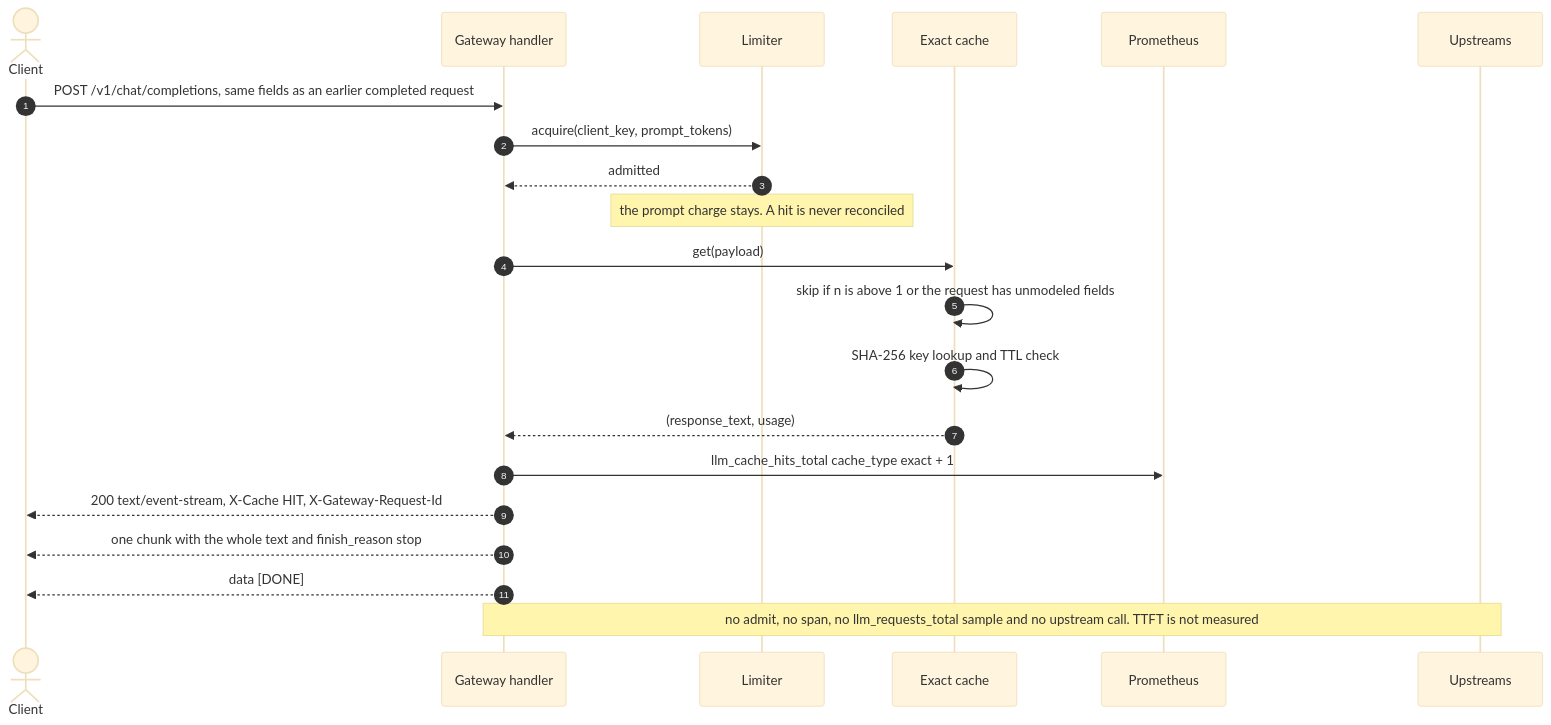
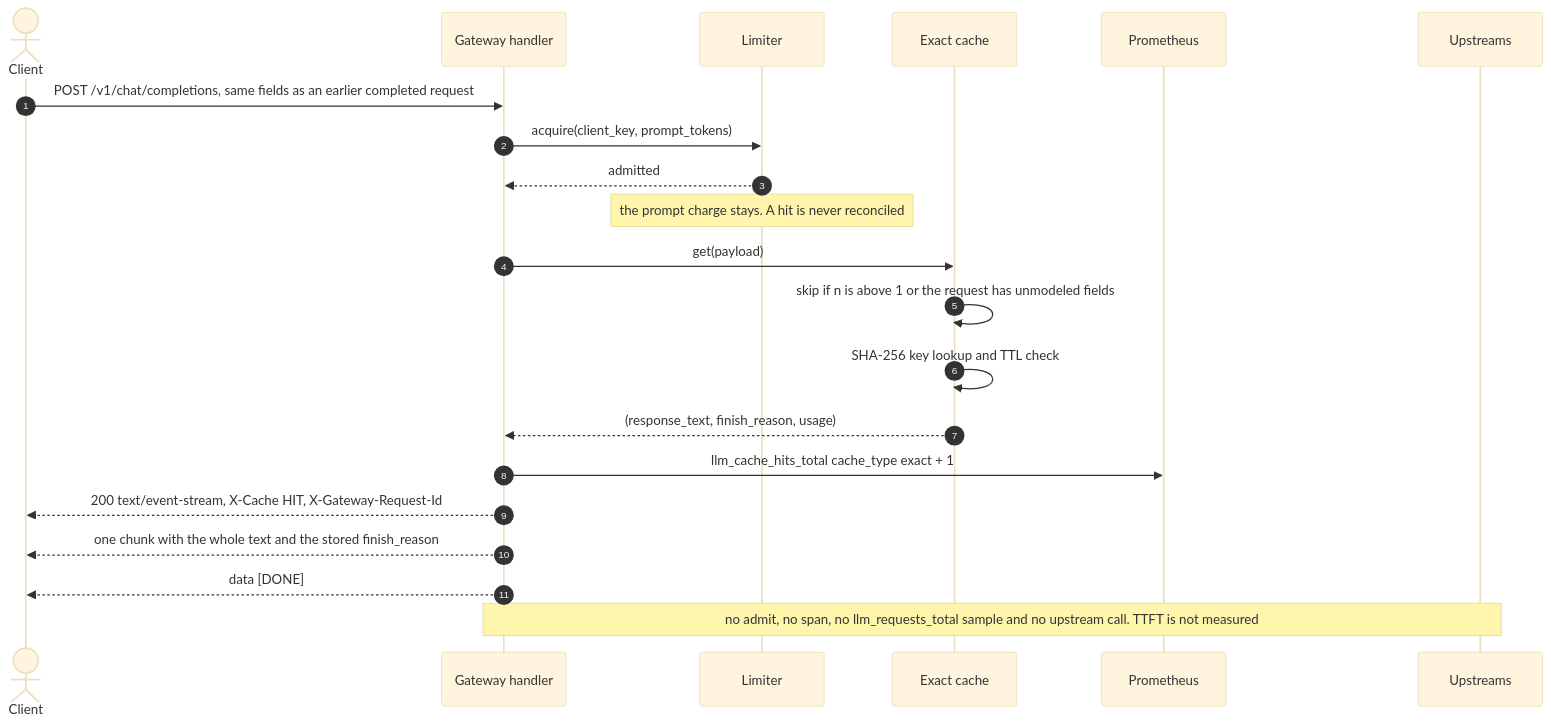
One commit to OmChauhan9/ai-gateway-streaming changed the fourth of 6 diagrams in WORKFLOW_AND_LIFECYCLE.md. Above: the diagram before and after it, drawn with Mermaid (base theme). The commit also changed other lines of this file and 1 other file, not shown here.

````diff
--- a/WORKFLOW_AND_LIFECYCLE.md
+++ b/WORKFLOW_AND_LIFECYCLE.md
@@ -348,24 +350,24 @@
 ```mermaid
 sequenceDiagram
     autonumber
     actor Client
     participant GW as Gateway handler
     participant Lim as Limiter
     participant Cache as Exact cache
     participant Prom as Prometheus
     participant Up as Upstreams
 
     Client->>GW: POST /v1/chat/completions, same fields as an earlier completed request
     GW->>Lim: acquire(client_key, prompt_tokens)
     Lim-->>GW: admitted
     Note over Lim: the prompt charge stays. A hit is never reconciled
     GW->>Cache: get(payload)
     Cache->>Cache: skip if n is above 1 or the request has unmodeled fields
     Cache->>Cache: SHA-256 key lookup and TTL check
-    Cache-->>GW: (response_text, usage)
+    Cache-->>GW: (response_text, finish_reason, usage)
     GW->>Prom: llm_cache_hits_total cache_type exact + 1
     GW-->>Client: 200 text/event-stream, X-Cache HIT, X-Gateway-Request-Id
-    GW-->>Client: one chunk with the whole text and finish_reason stop
+    GW-->>Client: one chunk with the whole text and the stored finish_reason
     GW-->>Client: data [DONE]
     Note over GW,Up: no admit, no span, no llm_requests_total sample and no upstream call. TTFT is not measured
 ```
````
